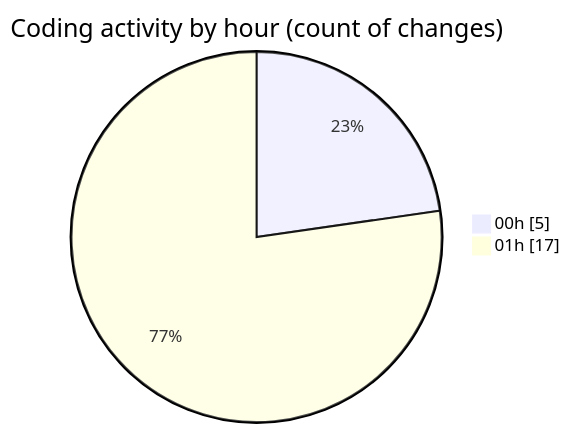
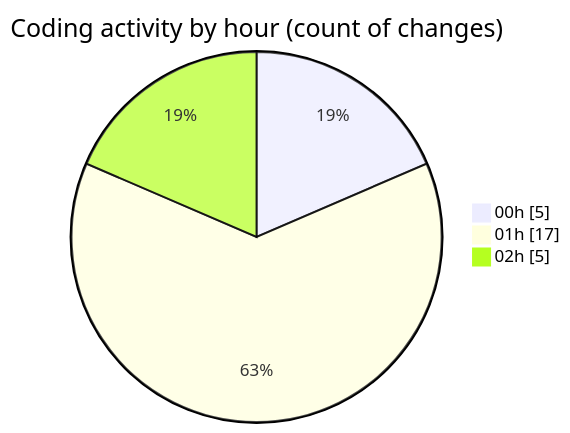
Before and after one commit to EIIisD/code-tracking: the second of 2 diagrams in 2025-08-04/tw-server/README.md, drawn with Mermaid. The commit also changed other lines of this file and 1 other file, not shown here.

````diff
--- a/2025-08-04/tw-server/README.md
+++ b/2025-08-04/tw-server/README.md
@@ -29,6 +31,7 @@
 ```mermaid
 pie showData
 title Coding activity by hour (count of changes)
 "00h" : 5
 "01h" : 17
+"02h" : 5
 ```
````
